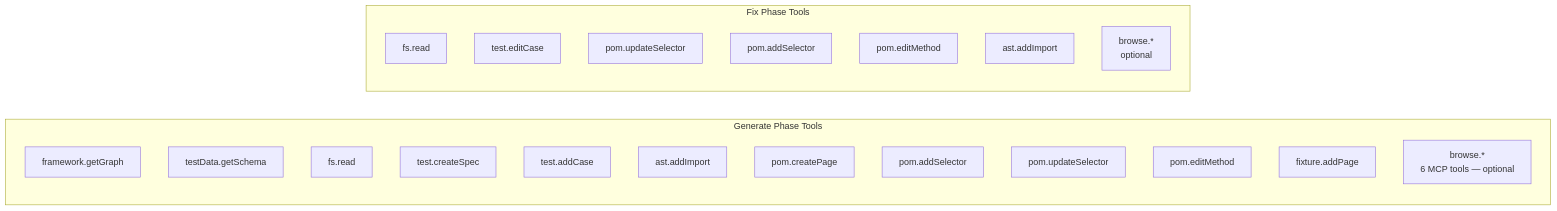
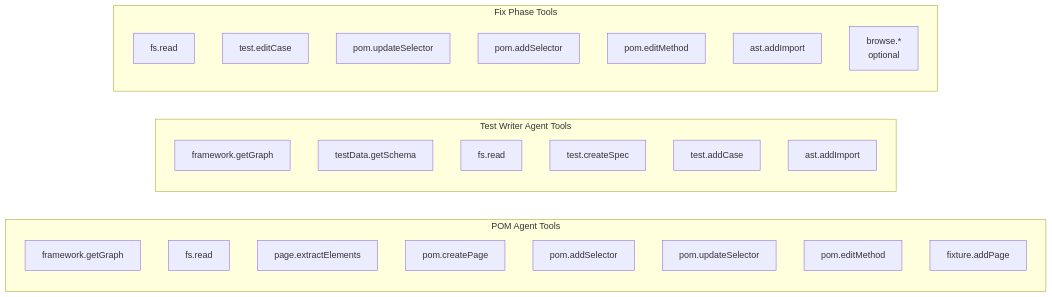
The second of 6 diagrams in docs/architecture.md (sanvarma/qa-agent), drawn with Mermaid before and after one commit. The commit also changed other lines of this file and 14 other files, not shown here.

````diff
--- a/docs/architecture.md
+++ b/docs/architecture.md
@@ -32,29 +32,35 @@
 ```mermaid
 flowchart LR
-    subgraph GENERATE ["Generate Phase Tools"]
+    subgraph POM ["POM Agent Tools"]
         direction TB
-        G1[framework.getGraph]
-        G2[testData.getSchema]
-        G3[fs.read]
-        G4[test.createSpec]
-        G5[test.addCase]
-        G6[ast.addImport]
-        G7[pom.createPage]
-        G8[pom.addSelector]
-        G9[pom.updateSelector]
-        G10[pom.editMethod]
-        G11[fixture.addPage]
-        G12[browse.*\n6 MCP tools — optional]
+        P1[framework.getGraph]
+        P2[fs.read]
+        P3[page.extractElements]
+        P4[pom.createPage]
+        P5[pom.addSelector]
+        P6[pom.updateSelector]
+        P7[pom.editMethod]
+        P8[fixture.addPage]
+    end
+
+    subgraph TW ["Test Writer Agent Tools"]
+        direction TB
+        T1[framework.getGraph]
+        T2[testData.getSchema]
+        T3[fs.read]
+        T4[test.createSpec]
+        T5[test.addCase]
+        T6[ast.addImport]
     end
 
     subgraph FIX ["Fix Phase Tools"]
         direction TB
         F1[fs.read]
         F2[test.editCase]
         F3[pom.updateSelector]
         F4[pom.addSelector]
         F5[pom.editMethod]
         F6[ast.addImport]
         F7[browse.*\noptional]
     end
 ```
````
